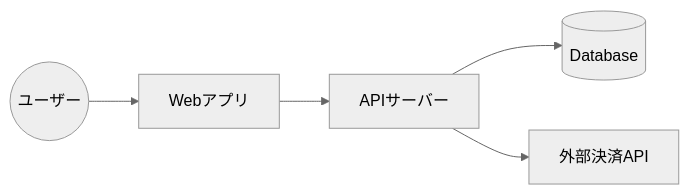
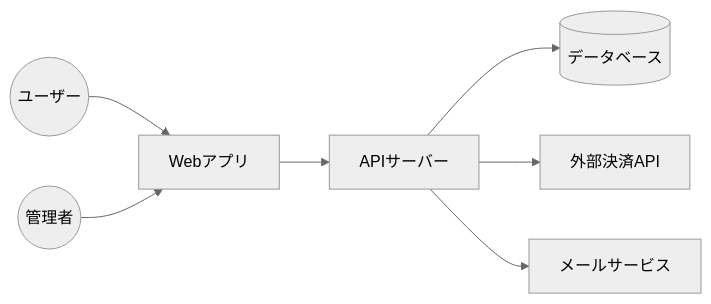
The first of 5 diagrams in templates/design/04_architecture_design.md (RyukaST077/ai-first-project), drawn with Mermaid (neutral theme) before and after one commit. The commit also changed other lines of this file and 10 other files, not shown here.

````diff
--- a/templates/design/04_architecture_design.md
+++ b/templates/design/04_architecture_design.md
@@ -12,7 +12,9 @@
 ```mermaid
 graph LR
     User((ユーザー)) --> app[Webアプリ]
+    Admin((管理者)) --> app
     app --> api[APIサーバー]
-    api --> db[(Database)]
-    api --> ext[外部決済API]
+    api --> db[(データベース)]
+    api --> payment[外部決済API]
+    api --> mail[メールサービス]
 ```
````
